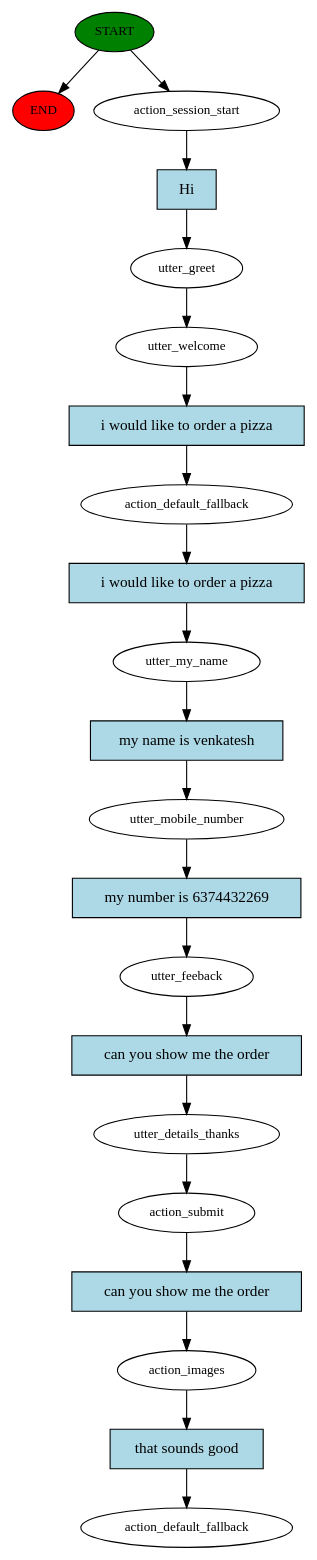
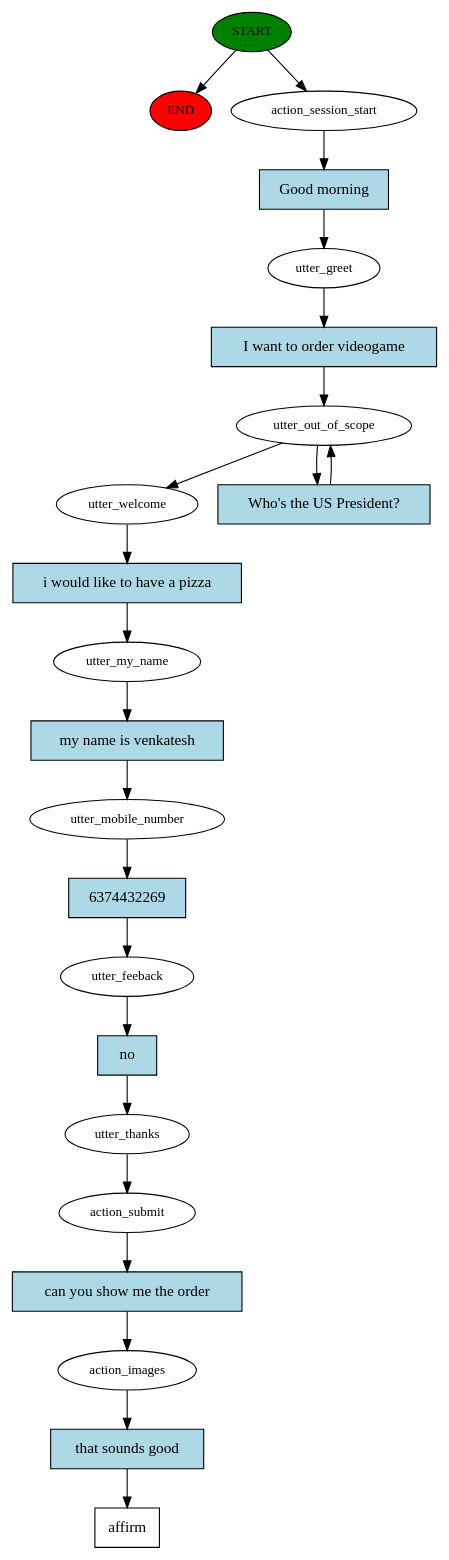
Before and after one commit to Venky0892/Rasa_trail: the diagram in rasa_trial/story_graph.dot, drawn with Graphviz. The commit also changed 3 other files, not shown here.

```diff
--- a/rasa_trial/story_graph.dot
+++ b/rasa_trial/story_graph.dot
@@ -1,43 +1,46 @@
 digraph  {
 0 [class="start active", fillcolor=green, fontsize=12, label=START, style=filled];
 "-1" [class=end, fillcolor=red, fontsize=12, label=END, style=filled];
 1 [class=active, fontsize=12, label=action_session_start];
 2 [class=active, fontsize=12, label=utter_greet];
-3 [class=active, fontsize=12, label=utter_welcome];
-4 [class=active, fontsize=12, label=action_default_fallback];
-5 [class=active, fontsize=12, label=utter_my_name];
-6 [class=active, fontsize=12, label=utter_mobile_number];
-7 [class=active, fontsize=12, label=utter_feeback];
-8 [class=active, fontsize=12, label=utter_details_thanks];
-9 [class=active, fontsize=12, label=action_submit];
-10 [class=active, fontsize=12, label=action_images];
-11 [class="dashed active", fontsize=12, label=action_default_fallback];
-12 [class="intent active", fillcolor=lightblue, label=Hi, shape=rect, style=filled];
-13 [class="intent active", fillcolor=lightblue, label="i would like to order a pizza", shape=rect, style=filled];
-14 [class="intent active", fillcolor=lightblue, label="i would like to order a pizza", shape=rect, style=filled];
-15 [class="intent active", fillcolor=lightblue, label="my name is venkatesh", shape=rect, style=filled];
-16 [class="intent active", fillcolor=lightblue, label="my number is 6374432269", shape=rect, style=filled];
-17 [class="intent active", fillcolor=lightblue, label="can you show me the order", shape=rect, style=filled];
-18 [class="intent active", fillcolor=lightblue, label="can you show me the order", shape=rect, style=filled];
-19 [class="intent active", fillcolor=lightblue, label="that sounds good", shape=rect, style=filled];
+3 [class=active, fontsize=12, label=utter_out_of_scope];
+5 [class=active, fontsize=12, label=utter_welcome];
+6 [class=active, fontsize=12, label=utter_my_name];
+7 [class=active, fontsize=12, label=utter_mobile_number];
+8 [class=active, fontsize=12, label=utter_feeback];
+9 [class=active, fontsize=12, label=utter_thanks];
+10 [class=active, fontsize=12, label=action_submit];
+11 [class=active, fontsize=12, label=action_images];
+12 [class="intent dashed active", label=affirm, shape=rect];
+13 [class="intent active", fillcolor=lightblue, label="Good morning", shape=rect, style=filled];
+14 [class="intent active", fillcolor=lightblue, label="I want to order videogame", shape=rect, style=filled];
+15 [class="intent active", fillcolor=lightblue, label="Who's the US President?", shape=rect, style=filled];
+16 [class="intent active", fillcolor=lightblue, label="i would like to have a pizza", shape=rect, style=filled];
+17 [class="intent active", fillcolor=lightblue, label="my name is venkatesh", shape=rect, style=filled];
+18 [class="intent active", fillcolor=lightblue, label=6374432269, shape=rect, style=filled];
+19 [class="intent active", fillcolor=lightblue, label=no, shape=rect, style=filled];
+20 [class="intent active", fillcolor=lightblue, label="can you show me the order", shape=rect, style=filled];
+21 [class="intent active", fillcolor=lightblue, label="that sounds good", shape=rect, style=filled];
 0 -> "-1"  [class="", key=NONE, label=""];
 0 -> 1  [class=active, key=NONE, label=""];
-1 -> 12  [class=active, key=0];
-2 -> 3  [class=active, key=NONE, label=""];
-3 -> 13  [class=active, key=0];
-4 -> 14  [class=active, key=0];
-5 -> 15  [class=active, key=0];
-6 -> 16  [class=active, key=0];
-7 -> 17  [class=active, key=0];
-8 -> 9  [class=active, key=NONE, label=""];
-9 -> 18  [class=active, key=0];
-10 -> 19  [class=active, key=0];
-12 -> 2  [class=active, key=0];
-13 -> 4  [class=active, key=0];
-14 -> 5  [class=active, key=0];
-15 -> 6  [class=active, key=0];
-16 -> 7  [class=active, key=0];
-17 -> 8  [class=active, key=0];
-18 -> 10  [class=active, key=0];
-19 -> 11  [class=active, key=0];
+1 -> 13  [class=active, key=0];
+2 -> 14  [class=active, key=0];
+3 -> 5  [class=active, key=NONE, label=""];
+3 -> 15  [class=active, key=0];
+5 -> 16  [class=active, key=0];
+6 -> 17  [class=active, key=0];
+7 -> 18  [class=active, key=0];
+8 -> 19  [class=active, key=0];
+9 -> 10  [class=active, key=NONE, label=""];
+10 -> 20  [class=active, key=0];
+11 -> 21  [class=active, key=0];
+13 -> 2  [class=active, key=0];
+14 -> 3  [class=active, key=0];
+15 -> 3  [class=active, key=0];
+16 -> 6  [class=active, key=0];
+17 -> 7  [class=active, key=0];
+18 -> 8  [class=active, key=0];
+19 -> 9  [class=active, key=0];
+20 -> 11  [class=active, key=0];
+21 -> 12  [class=active, key=0];
 }
```
